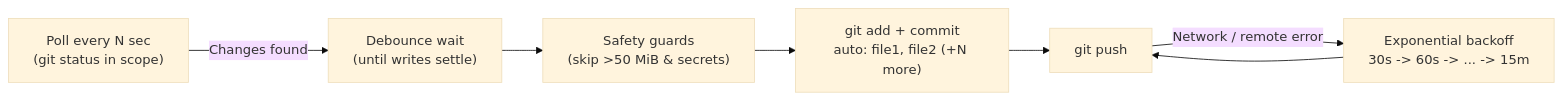
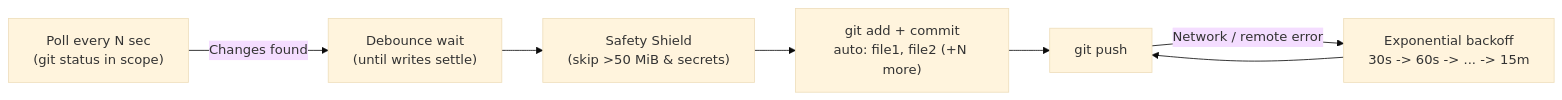
The diagram in scripts/README.md (YusufKaya00/k8sfundamentals), drawn with Mermaid (base theme) before and after one commit. The commit also changed other lines of this file and 3 other files, not shown here.

````diff
--- a/scripts/README.md
+++ b/scripts/README.md
@@ -80,9 +146,9 @@
 ```mermaid
 flowchart LR
     A["Poll every N sec<br/>(git status in scope)"] -->|Changes found| B["Debounce wait<br/>(until writes settle)"]
-    B --> C["Safety guards<br/>(skip >50 MiB & secrets)"]
+    B --> C["Safety Shield<br/>(skip >50 MiB & secrets)"]
     C --> D["git add + commit<br/>auto: file1, file2 (+N more)"]
     D --> E["git push"]
     E -->|Network / remote error| F["Exponential backoff<br/>30s -> 60s -> ... -> 15m"]
     F --> E
 ```
````
